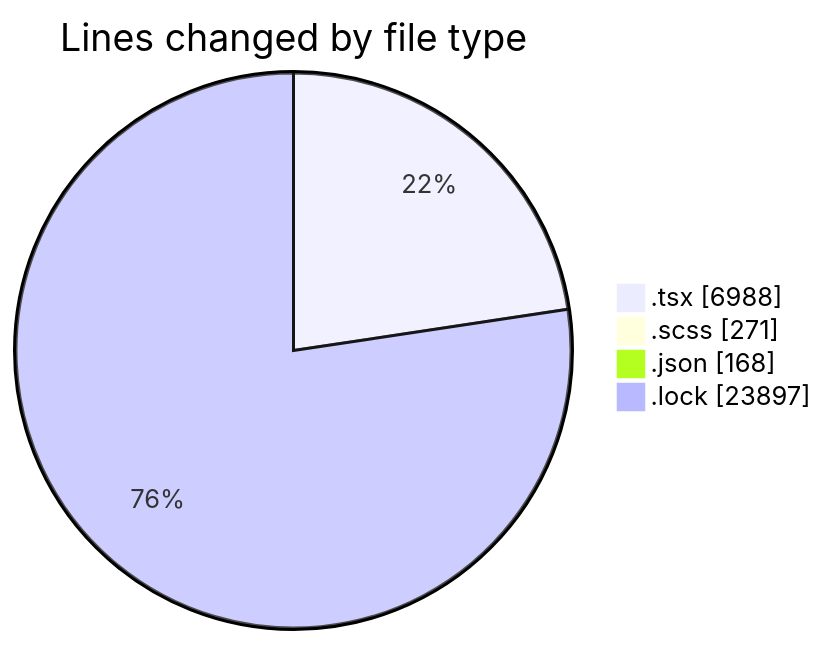
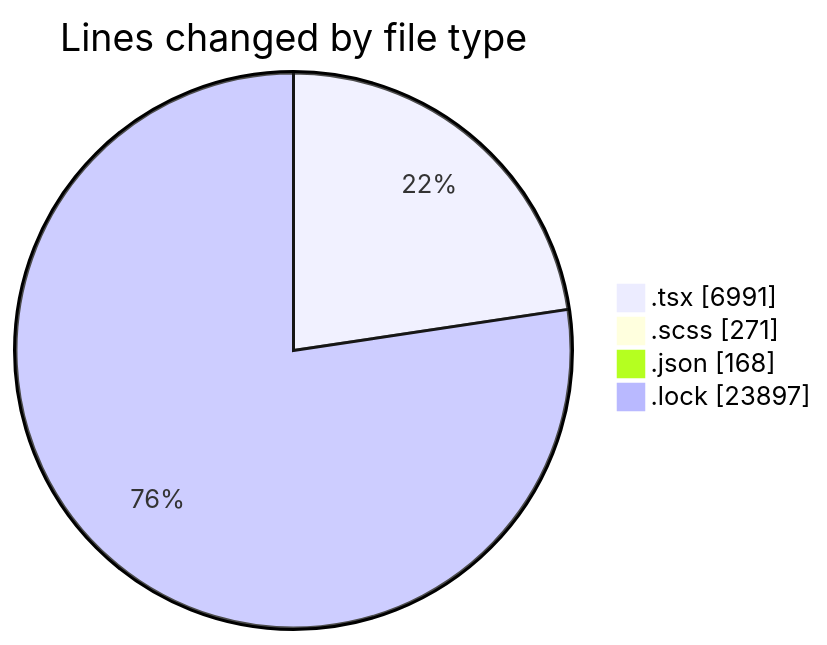
Before and after one commit to momahboobian/code-tracking: the first of 2 diagrams in 2025-11-18/cda/README.md, drawn with Mermaid. The commit also changed other lines of this file and 1 other file, not shown here.

````diff
--- a/2025-11-18/cda/README.md
+++ b/2025-11-18/cda/README.md
@@ -34,8 +34,8 @@
 ```mermaid
 pie showData
 title Lines changed by file type
-".tsx" : 6988
+".tsx" : 6991
 ".scss" : 271
 ".json" : 168
 ".lock" : 23897
 ```
````
